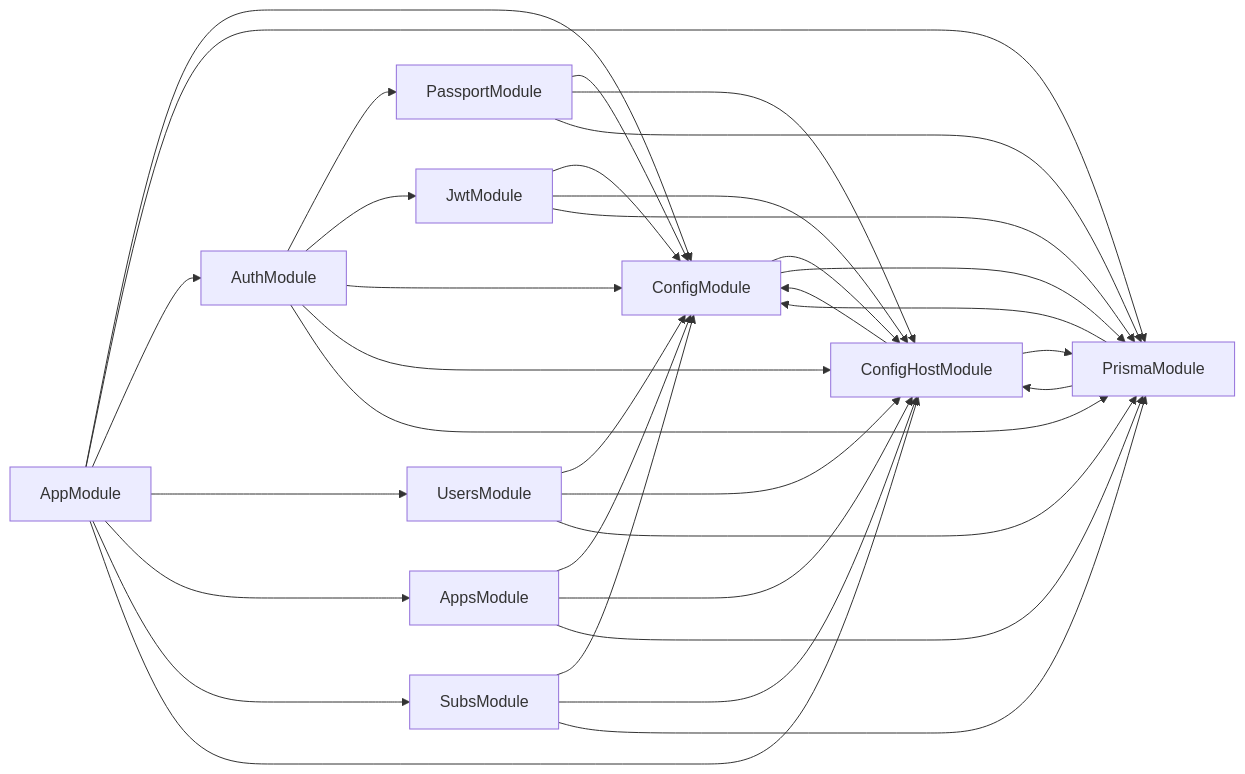
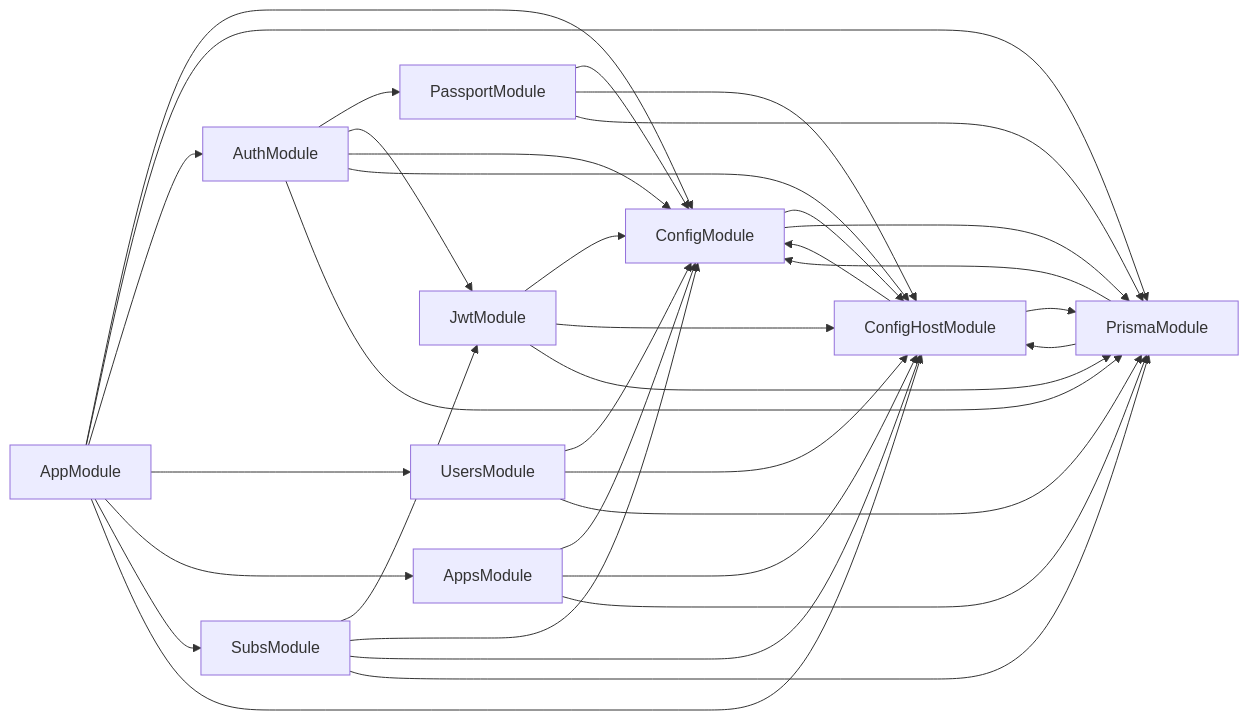
The diagram in README.assets/deps-graph.mmd (Naedri/app-hub-back), drawn with Mermaid before and after one commit. The commit also changed 5 other files, not shown here.

```diff
--- a/README.assets/deps-graph.mmd
+++ b/README.assets/deps-graph.mmd
@@ -1,34 +1,35 @@
 graph LR
     AppModule --> ConfigModule;
     ConfigModule --> ConfigHostModule;
     ConfigHostModule --> ConfigModule;
     ConfigHostModule --> PrismaModule;
     PrismaModule --> ConfigModule;
     PrismaModule --> ConfigHostModule;
     ConfigModule --> PrismaModule;
     AppModule --> PrismaModule;
     AppModule --> AuthModule;
     AuthModule --> PassportModule;
     PassportModule --> ConfigModule;
     PassportModule --> ConfigHostModule;
     PassportModule --> PrismaModule;
     AuthModule --> JwtModule;
     JwtModule --> ConfigModule;
     JwtModule --> ConfigHostModule;
     JwtModule --> PrismaModule;
     AuthModule --> ConfigModule;
     AuthModule --> ConfigHostModule;
     AuthModule --> PrismaModule;
     AppModule --> UsersModule;
     UsersModule --> ConfigModule;
     UsersModule --> ConfigHostModule;
     UsersModule --> PrismaModule;
     AppModule --> AppsModule;
     AppsModule --> ConfigModule;
     AppsModule --> ConfigHostModule;
     AppsModule --> PrismaModule;
     AppModule --> SubsModule;
+    SubsModule --> JwtModule;
     SubsModule --> ConfigModule;
     SubsModule --> ConfigHostModule;
     SubsModule --> PrismaModule;
     AppModule --> ConfigHostModule;
```
